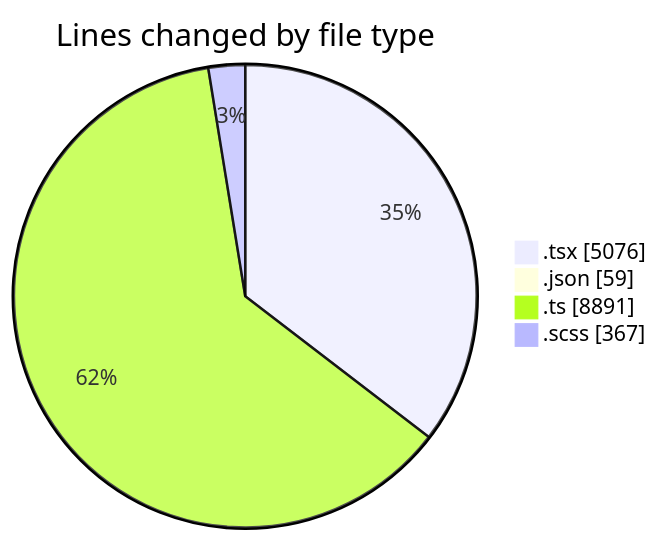
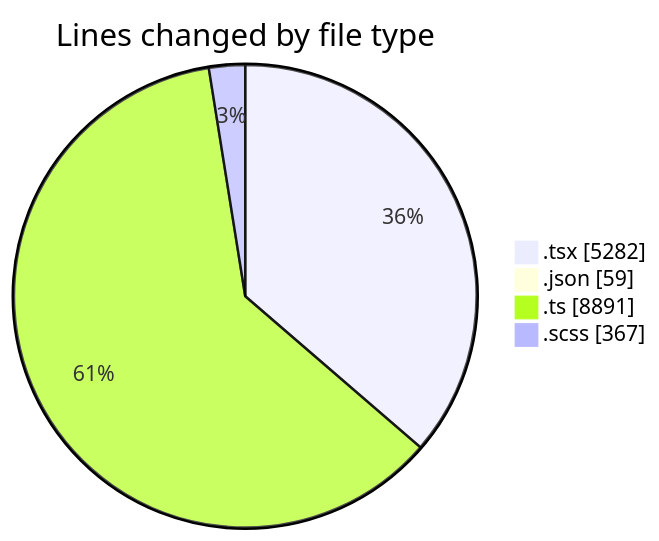
Before and after one commit to momahboobian/code-tracking: the first of 2 diagrams in 2025-11-24/cda/README.md, drawn with Mermaid. The commit also changed other lines of this file and 1 other file, not shown here.

````diff
--- a/2025-11-24/cda/README.md
+++ b/2025-11-24/cda/README.md
@@ -37,8 +37,8 @@
 ```mermaid
 pie showData
 title Lines changed by file type
-".tsx" : 5076
+".tsx" : 5282
 ".json" : 59
 ".ts" : 8891
 ".scss" : 367
 ```
````
